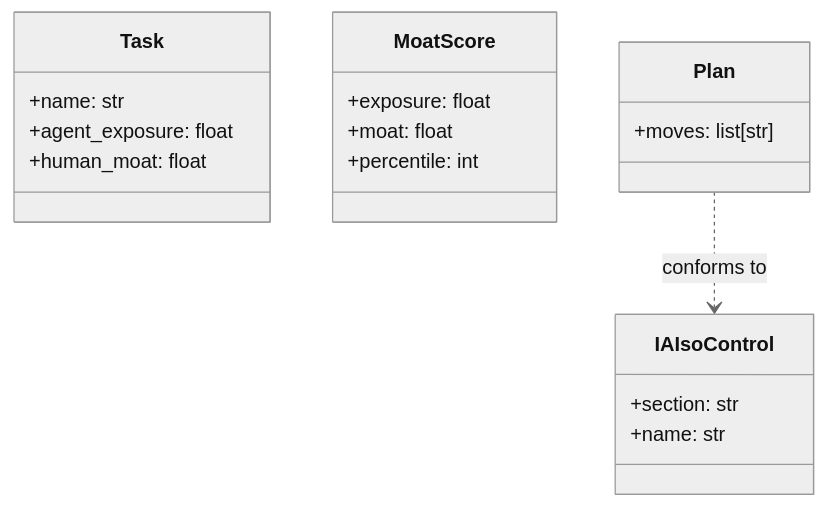
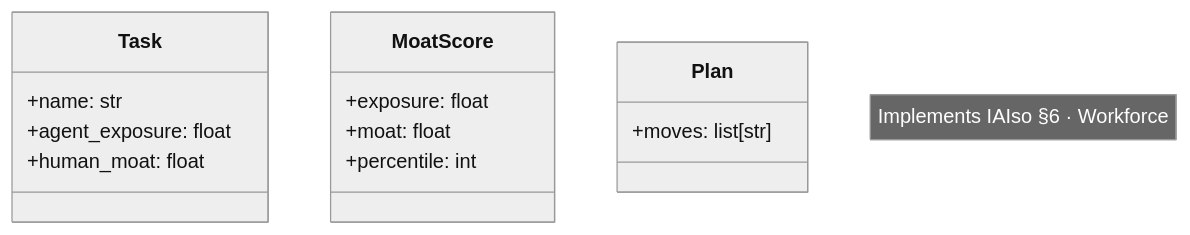
The first of 2 diagrams in README.md (SmartTasksOrg/sf-smartmoat), drawn with Mermaid (neutral theme) before and after one commit. The commit also changed other lines of this file and 1 other file, not shown here.

First line of the commit message:
Family list and diagrams from family.json; UML matches the code

````diff
--- a/README.md
+++ b/README.md
@@ -79,21 +79,17 @@
 ```mermaid
 classDiagram
     class Task {
       +name: str
       +agent_exposure: float
       +human_moat: float
     }
     class MoatScore {
       +exposure: float
       +moat: float
       +percentile: int
     }
     class Plan {
       +moves: list[str]
     }
-    class IAIsoControl {
-      +section: str
-      +name: str
-    }
-    Plan ..> IAIsoControl : conforms to
+    note "Implements IAIso §6 · Workforce"
 ```
````
